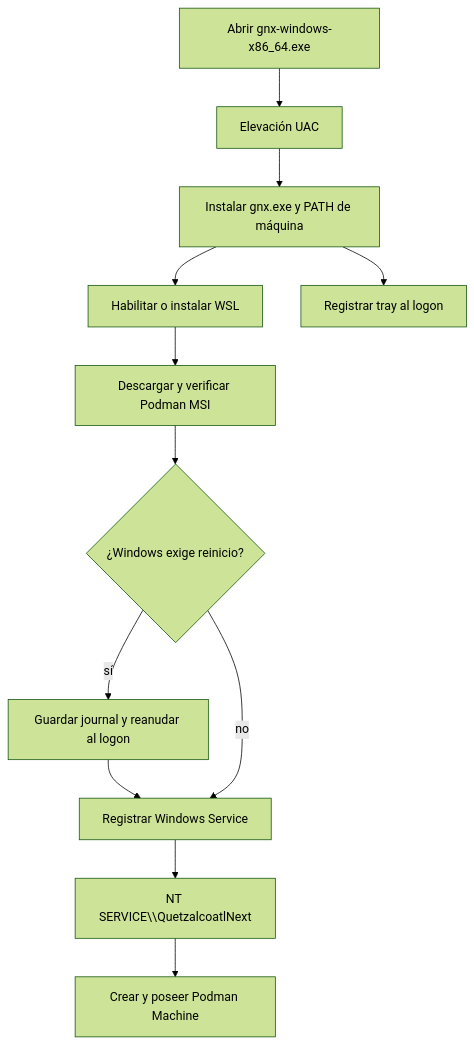
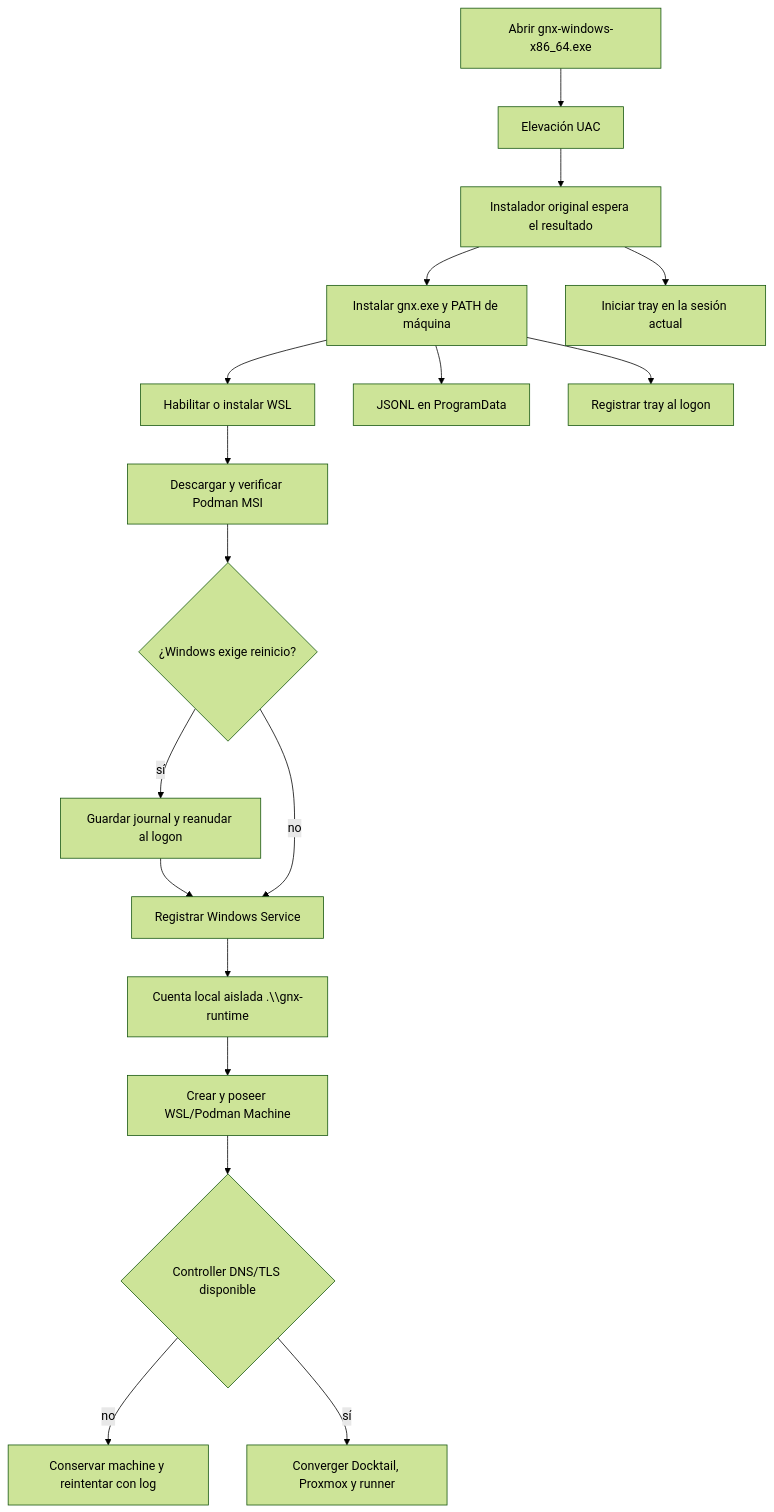
One commit to mayas-alas/quetzalcoatl changed the second of 4 diagrams in docs/architecture.md. Above: the diagram before and after it, drawn with Mermaid (forest theme). The commit also changed other lines of this file and 3 other files, not shown here.

Commit message:
docs: trace isolated Windows installation flow

````diff
--- a/docs/architecture.md
+++ b/docs/architecture.md
@@ -68,14 +68,20 @@
 ```mermaid
 flowchart TD
     A["Abrir gnx-windows-x86_64.exe"] --> UAC["Elevación UAC"]
-    UAC --> FILES["Instalar gnx.exe y PATH de máquina"]
+    UAC --> WAIT["Instalador original espera el resultado"]
+    WAIT --> FILES["Instalar gnx.exe y PATH de máquina"]
     FILES --> WSL["Habilitar o instalar WSL"]
     WSL --> MSI["Descargar y verificar Podman MSI"]
     MSI --> REBOOT{"¿Windows exige reinicio?"}
     REBOOT -- "sí" --> JOURNAL["Guardar journal y reanudar al logon"]
     JOURNAL --> SERVICE["Registrar Windows Service"]
     REBOOT -- "no" --> SERVICE
-    SERVICE --> ID["NT SERVICE\\QuetzalcoatlNext"]
-    ID --> MACHINE["Crear y poseer Podman Machine"]
+    SERVICE --> ID["Cuenta local aislada .\\gnx-runtime"]
+    ID --> MACHINE["Crear y poseer WSL/Podman Machine"]
+    MACHINE --> CP{"Controller DNS/TLS disponible"}
+    CP -- "no" --> RETRY["Conservar machine y reintentar con log"]
+    CP -- "sí" --> QUADLETS["Converger Docktail, Proxmox y runner"]
+    FILES --> LOG["JSONL en ProgramData"]
     FILES --> TRAY["Registrar tray al logon"]
+    WAIT --> NOW["Iniciar tray en la sesión actual"]
 ```
````
